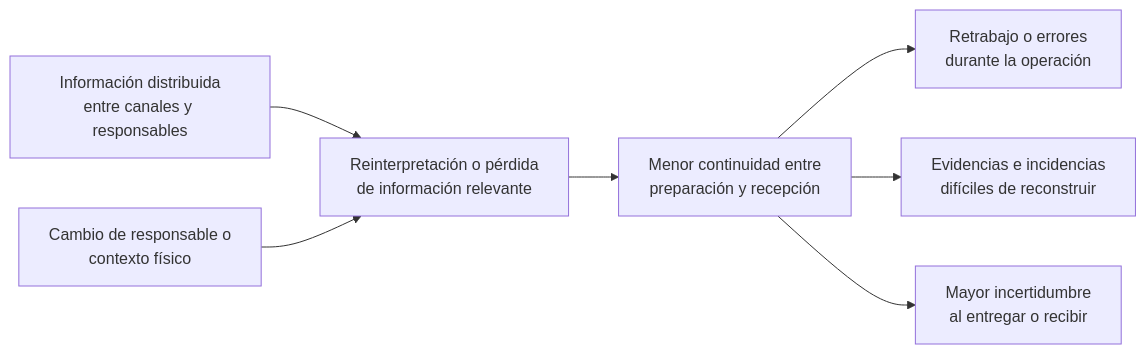
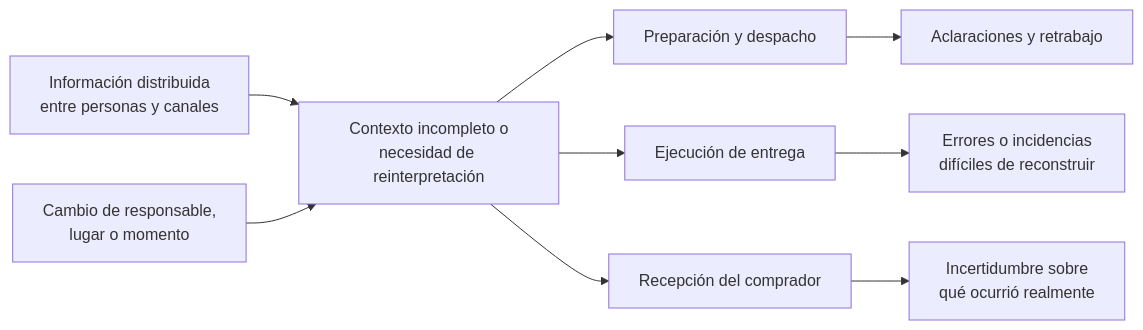
One commit to nexa-suite/mobile-report changed the fourth of 4 diagrams in report/01-presentation/1.2-solution-profile/1.2.1-background-and-problem.md. Above: the diagram before and after it, drawn with Mermaid. The commit also changed other lines of this file, not shown here.

````diff
--- a/report/01-presentation/1.2-solution-profile/1.2.1-background-and-problem.md
+++ b/report/01-presentation/1.2-solution-profile/1.2.1-background-and-problem.md
@@ -264,18 +450,23 @@
 ```mermaid
 flowchart LR
-    A["Información distribuida<br/>entre canales y responsables"]
-    B["Cambio de responsable o<br/>contexto físico"]
-    C["Reinterpretación o pérdida<br/>de información relevante"]
-    D["Menor continuidad entre<br/>preparación y recepción"]
+    A["Información distribuida<br/>entre personas y canales"]
+    B["Cambio de responsable,<br/>lugar o momento"]
+    C["Contexto incompleto o<br/>necesidad de reinterpretación"]
 
-    E1["Retrabajo o errores<br/>durante la operación"]
-    E2["Evidencias e incidencias<br/>difíciles de reconstruir"]
-    E3["Mayor incertidumbre<br/>al entregar o recibir"]
+    D1["Preparación y despacho"]
+    D2["Ejecución de entrega"]
+    D3["Recepción del comprador"]
+
+    E1["Aclaraciones y retrabajo"]
+    E2["Errores o incidencias<br/>difíciles de reconstruir"]
+    E3["Incertidumbre sobre<br/>qué ocurrió realmente"]
 
     A --> C
     B --> C
-    C --> D
-    D --> E1
-    D --> E2
-    D --> E3
+    C --> D1
+    C --> D2
+    C --> D3
+    D1 --> E1
+    D2 --> E2
+    D3 --> E3
 ```
````
